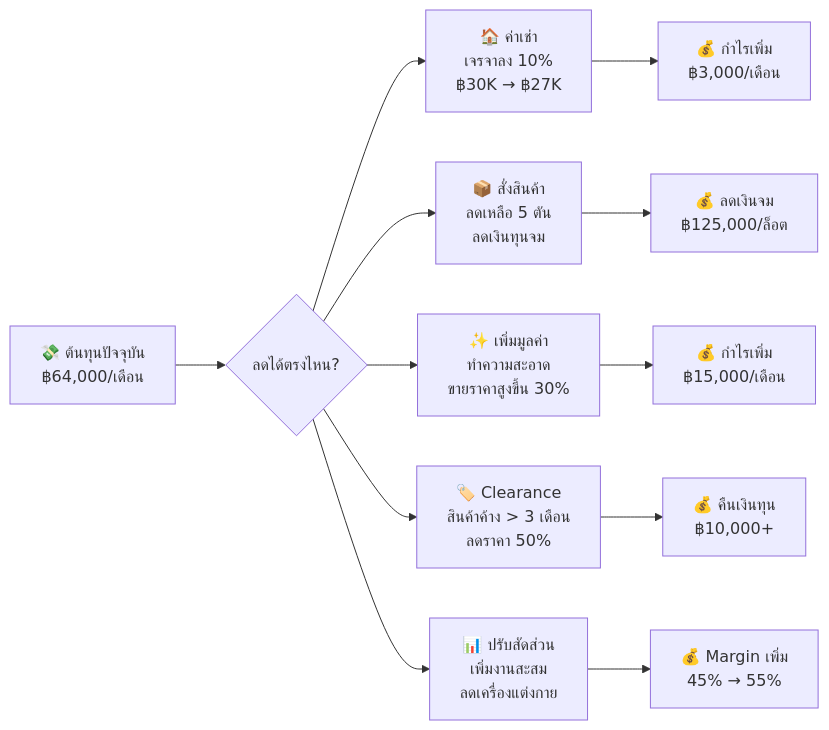
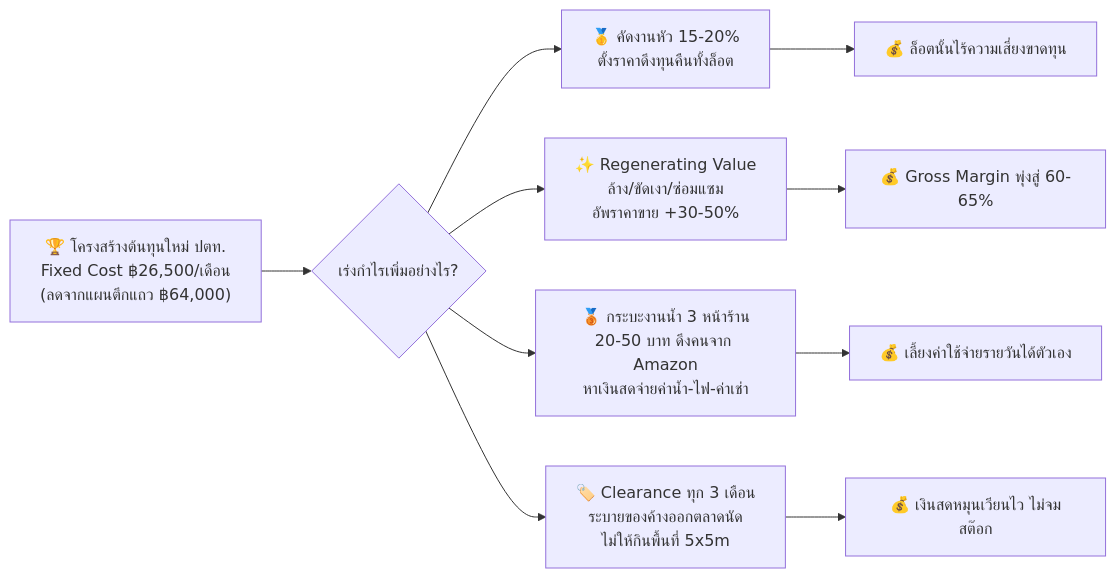
Before and after one commit to temsiripuns100/goods-japan-business-plan: the sixth of 12 diagrams in README.md, drawn with Mermaid. The commit also changed other lines of this file, not shown here.

````diff
--- a/README.md
+++ b/README.md
@@ -569,16 +572,14 @@
 ```mermaid
 flowchart LR
-    A["💸 ต้นทุนปัจจุบัน<br/>฿64,000/เดือน"] --> B{"ลดได้ตรงไหน?"}
+    A["🏆 โครงสร้างต้นทุนใหม่ ปตท.<br/>Fixed Cost ฿26,500/เดือน<br/>(ลดจากแผนตึกแถว ฿64,000)"] --> B{"เร่งกำไรเพิ่มอย่างไร?"}
     
-    B --> C["🏠 ค่าเช่า<br/>เจรจาลง 10%<br/>฿30K → ฿27K"]
-    B --> D["📦 สั่งสินค้า<br/>ลดเหลือ 5 ตัน<br/>ลดเงินทุนจม"]
-    B --> E["✨ เพิ่มมูลค่า<br/>ทำความสะอาด<br/>ขายราคาสูงขึ้น 30%"]
-    B --> F["🏷️ Clearance<br/>สินค้าค้าง > 3 เดือน<br/>ลดราคา 50%"]
-    B --> G["📊 ปรับสัดส่วน<br/>เพิ่มงานสะสม<br/>ลดเครื่องแต่งกาย"]
+    B --> C["🥇 คัดงานหัว 15-20%<br/>ตั้งราคาดึงทุนคืนทั้งล็อต"]
+    B --> D["✨ Regenerating Value<br/>ล้าง/ขัดเงา/ซ่อมแซม<br/>อัพราคาขาย +30-50%"]
+    B --> E["🥉 กระบะงานน้ำ 3 หน้าร้าน<br/>20-50 บาท ดึงคนจาก Amazon<br/>หาเงินสดจ่ายค่าน้ำ-ไฟ-ค่าเช่า"]
+    B --> F["🏷️ Clearance ทุก 3 เดือน<br/>ระบายของค้างออกตลาดนัด<br/>ไม่ให้กินพื้นที่ 5x5m"]
     
-    C --> H["💰 กำไรเพิ่ม<br/>฿3,000/เดือน"]
-    D --> I["💰 ลดเงินจม<br/>฿125,000/ล็อต"]
-    E --> J["💰 กำไรเพิ่ม<br/>฿15,000/เดือน"]
-    F --> K["💰 คืนเงินทุน<br/>฿10,000+"]
-    G --> L["💰 Margin เพิ่ม<br/>45% → 55%"]
+    C --> G["💰 ล็อตนั้นไร้ความเสี่ยงขาดทุน"]
+    D --> H["💰 Gross Margin พุ่งสู่ 60-65%"]
+    E --> I["💰 เลี้ยงค่าใช้จ่ายรายวันได้ตัวเอง"]
+    F --> J["💰 เงินสดหมุนเวียนไว ไม่จมสต๊อก"]
 ```
````
